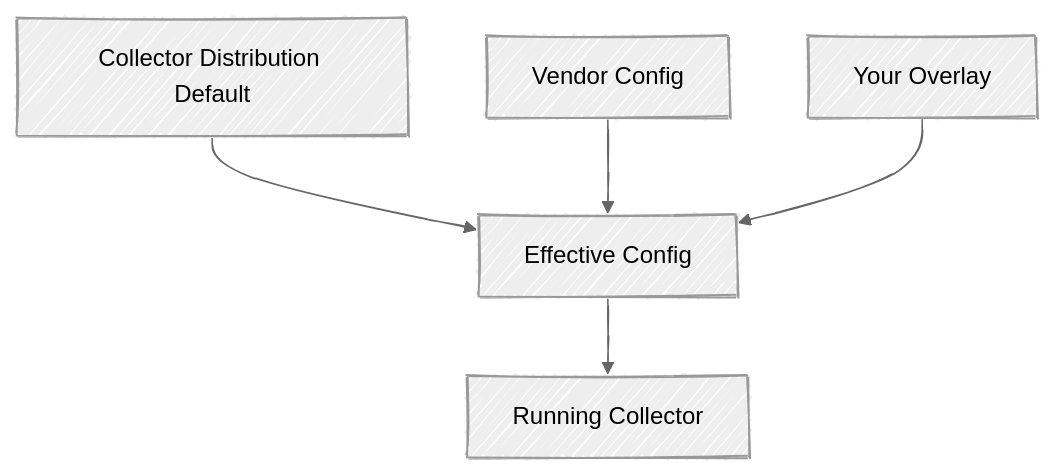
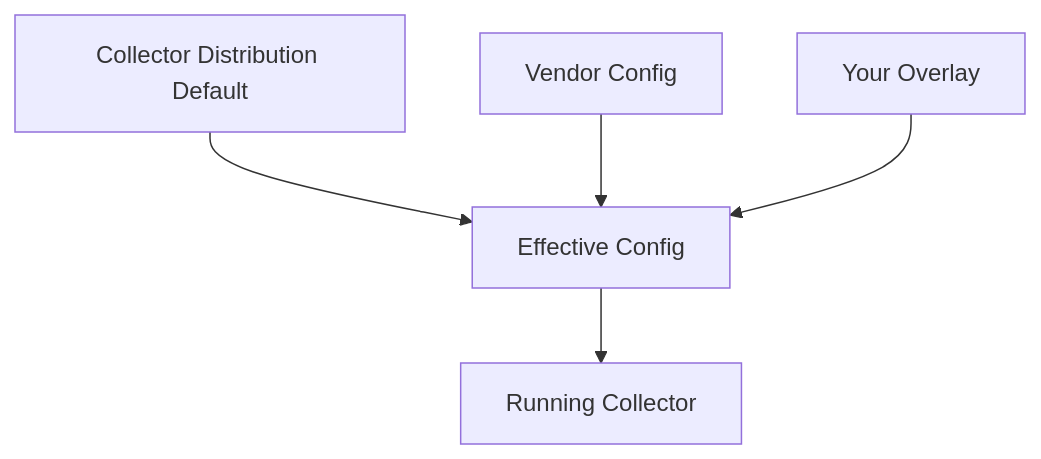
The diagram in slides/slides.md (hardyoyo/congratulations-you-are-the-integration-layer), drawn with Mermaid before and after one commit.

Commit message:
Drop Mermaid init config, use default rendering

````diff
--- a/slides/slides.md
+++ b/slides/slides.md
@@ -225,8 +225,7 @@
 ```mermaid
-%%{init: {'look': 'handDrawn', 'theme': 'neutral'}}%%
 flowchart TD
     A[Collector Distribution Default] --> D[Effective Config]
     B[Vendor Config] --> D
     C[Your Overlay] --> D
     D --> E[Running Collector]
 ```
````
